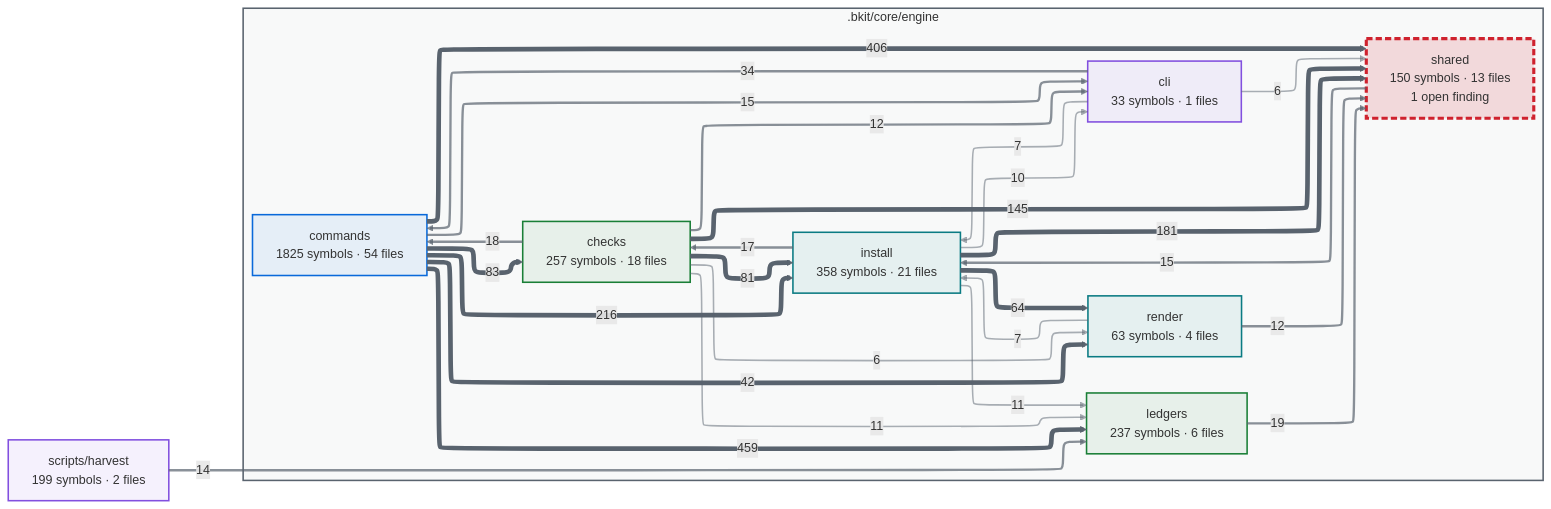
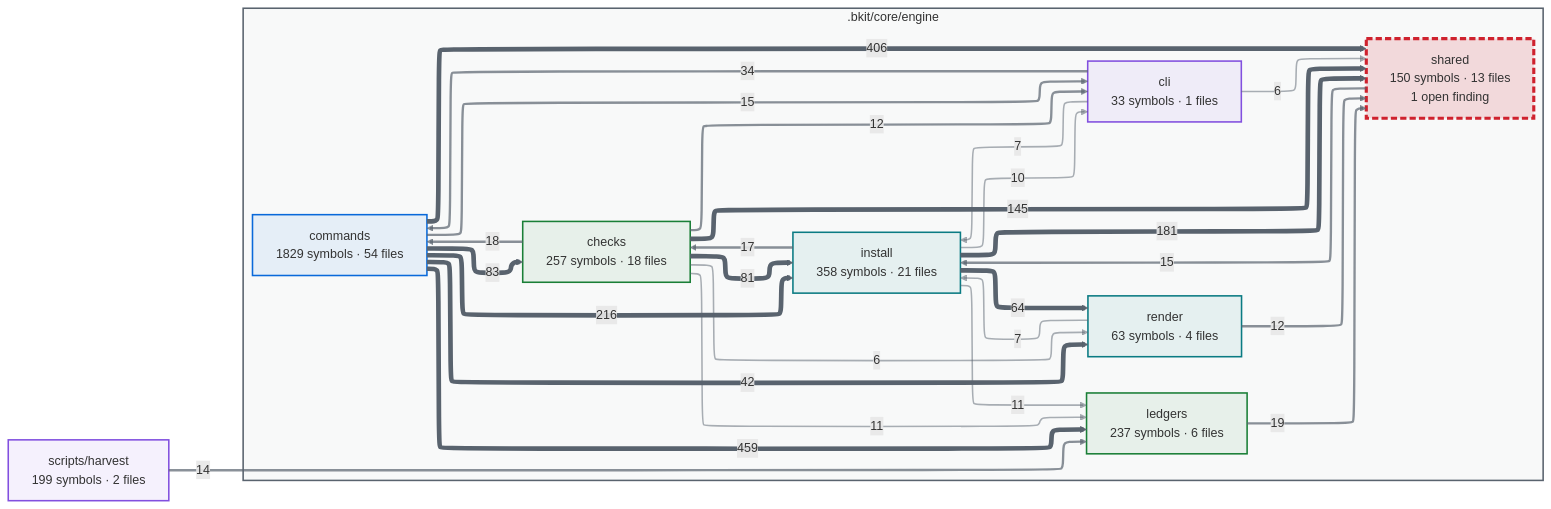
One commit to cbartens/bkit changed the first of 2 diagrams in docs/capabilities.md. Above: the diagram before and after it, drawn with Mermaid. The commit also changed other lines of this file and 98 other files, not shown here.

````diff
--- a/docs/capabilities.md
+++ b/docs/capabilities.md
@@ -154,80 +154,80 @@
 ```mermaid
 ---
 config:
   layout: elk
   themeCSS: "marker { overflow: visible; } marker path { transform: scale(1.8); transform-origin: 5px 5px; }"
   flowchart:
     useMaxWidth: false
 ---
 flowchart LR
   %% Generated by bkit-graphify-rollup.py — do not edit
   subgraph gn_bkit_core_engine[".bkit/core/engine"]
     n_bkit_core_engine_checks["checks<br/>257 symbols · 18 files"]
     n_bkit_core_engine_cli["cli<br/>33 symbols · 1 files"]
-    n_bkit_core_engine_commands["commands<br/>1825 symbols · 54 files"]
+    n_bkit_core_engine_commands["commands<br/>1829 symbols · 54 files"]
     n_bkit_core_engine_install["install<br/>358 symbols · 21 files"]
     n_bkit_core_engine_ledgers["ledgers<br/>237 symbols · 6 files"]
     n_bkit_core_engine_render["render<br/>63 symbols · 4 files"]
     n_bkit_core_engine_shared["shared<br/>150 symbols · 13 files<br/>1 open finding"]
   end
   nscripts_harvest["scripts/harvest<br/>199 symbols · 2 files"]
   n_bkit_core_engine_commands -->|459| n_bkit_core_engine_ledgers
   n_bkit_core_engine_commands -->|406| n_bkit_core_engine_shared
   n_bkit_core_engine_commands -->|216| n_bkit_core_engine_install
   n_bkit_core_engine_install -->|181| n_bkit_core_engine_shared
   n_bkit_core_engine_checks -->|145| n_bkit_core_engine_shared
   n_bkit_core_engine_commands -->|83| n_bkit_core_engine_checks
   n_bkit_core_engine_checks -->|81| n_bkit_core_engine_install
   n_bkit_core_engine_install -->|64| n_bkit_core_engine_render
   n_bkit_core_engine_commands -->|42| n_bkit_core_engine_render
   n_bkit_core_engine_cli -->|34| n_bkit_core_engine_commands
   n_bkit_core_engine_ledgers -->|19| n_bkit_core_engine_shared
   n_bkit_core_engine_checks -->|18| n_bkit_core_engine_commands
   n_bkit_core_engine_install -->|17| n_bkit_core_engine_checks
   n_bkit_core_engine_shared -->|15| n_bkit_core_engine_install
   n_bkit_core_engine_commands -->|15| n_bkit_core_engine_cli
   nscripts_harvest -->|14| n_bkit_core_engine_ledgers
   n_bkit_core_engine_checks -->|12| n_bkit_core_engine_cli
   n_bkit_core_engine_render -->|12| n_bkit_core_engine_shared
   n_bkit_core_engine_checks -->|11| n_bkit_core_engine_ledgers
   n_bkit_core_engine_install -->|11| n_bkit_core_engine_ledgers
   n_bkit_core_engine_install -->|10| n_bkit_core_engine_cli
   n_bkit_core_engine_cli -->|7| n_bkit_core_engine_install
   n_bkit_core_engine_render -->|7| n_bkit_core_engine_install
   n_bkit_core_engine_checks -->|6| n_bkit_core_engine_render
   n_bkit_core_engine_cli -->|6| n_bkit_core_engine_shared
   style gn_bkit_core_engine fill:#59636e0a,stroke:#59636e,stroke-width:2px
   style n_bkit_core_engine_checks stroke:#1a7f37,stroke-width:2px,fill:#1a7f3714
   style n_bkit_core_engine_cli stroke:#8250df,stroke-width:2px,fill:#8250df14
   style n_bkit_core_engine_commands stroke:#0969da,stroke-width:2px,fill:#0969da14
   style n_bkit_core_engine_install stroke:#0a7b83,stroke-width:2px,fill:#0a7b8314
   style n_bkit_core_engine_ledgers stroke:#1a7f37,stroke-width:2px,fill:#1a7f3714
   style n_bkit_core_engine_render stroke:#0a7b83,stroke-width:2px,fill:#0a7b8314
   style n_bkit_core_engine_shared stroke:#cf222e,stroke-width:4px,stroke-dasharray:8 4,fill:#cf222e26
   style nscripts_harvest stroke:#8250df,stroke-width:2px,fill:#8250df14
   linkStyle 0 stroke:#59636e,stroke-width:6px
   linkStyle 1 stroke:#59636e,stroke-width:6px
   linkStyle 2 stroke:#59636e,stroke-width:6px
   linkStyle 3 stroke:#59636e,stroke-width:6px
   linkStyle 4 stroke:#59636e,stroke-width:6px
   linkStyle 5 stroke:#59636e,stroke-width:6px
   linkStyle 6 stroke:#59636e,stroke-width:6px
   linkStyle 7 stroke:#59636e,stroke-width:6px
   linkStyle 8 stroke:#59636e,stroke-width:6px
   linkStyle 9 stroke:#59636eb3,stroke-width:3px
   linkStyle 10 stroke:#59636eb3,stroke-width:3px
   linkStyle 11 stroke:#59636eb3,stroke-width:3px
   linkStyle 12 stroke:#59636eb3,stroke-width:3px
   linkStyle 13 stroke:#59636eb3,stroke-width:3px
   linkStyle 14 stroke:#59636eb3,stroke-width:3px
   linkStyle 15 stroke:#59636eb3,stroke-width:3px
   linkStyle 16 stroke:#59636eb3,stroke-width:3px
   linkStyle 17 stroke:#59636eb3,stroke-width:3px
   linkStyle 18 stroke:#59636e80,stroke-width:2px
   linkStyle 19 stroke:#59636e80,stroke-width:2px
   linkStyle 20 stroke:#59636e80,stroke-width:2px
   linkStyle 21 stroke:#59636e80,stroke-width:2px
   linkStyle 22 stroke:#59636e80,stroke-width:2px
   linkStyle 23 stroke:#59636e80,stroke-width:2px
   linkStyle 24 stroke:#59636e80,stroke-width:2px
 ```
````
